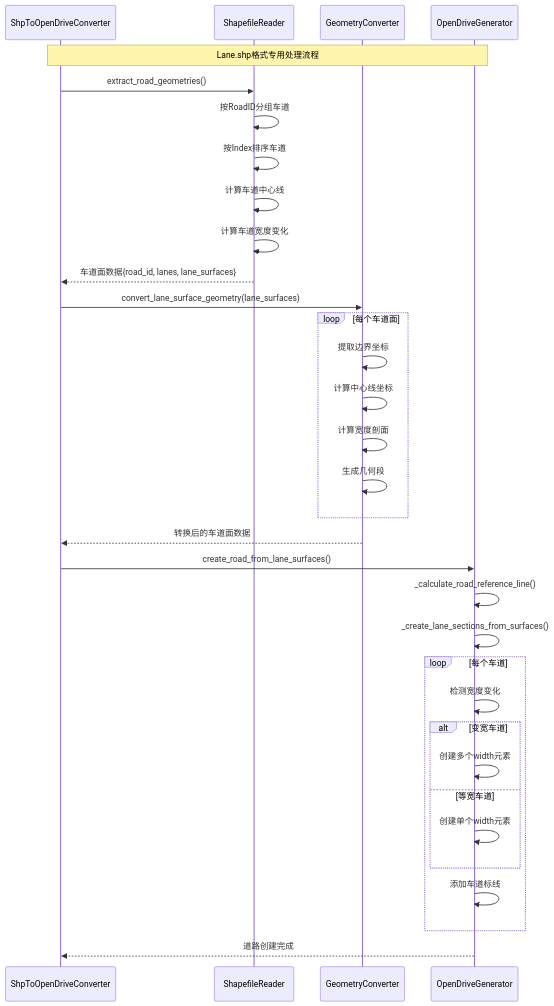
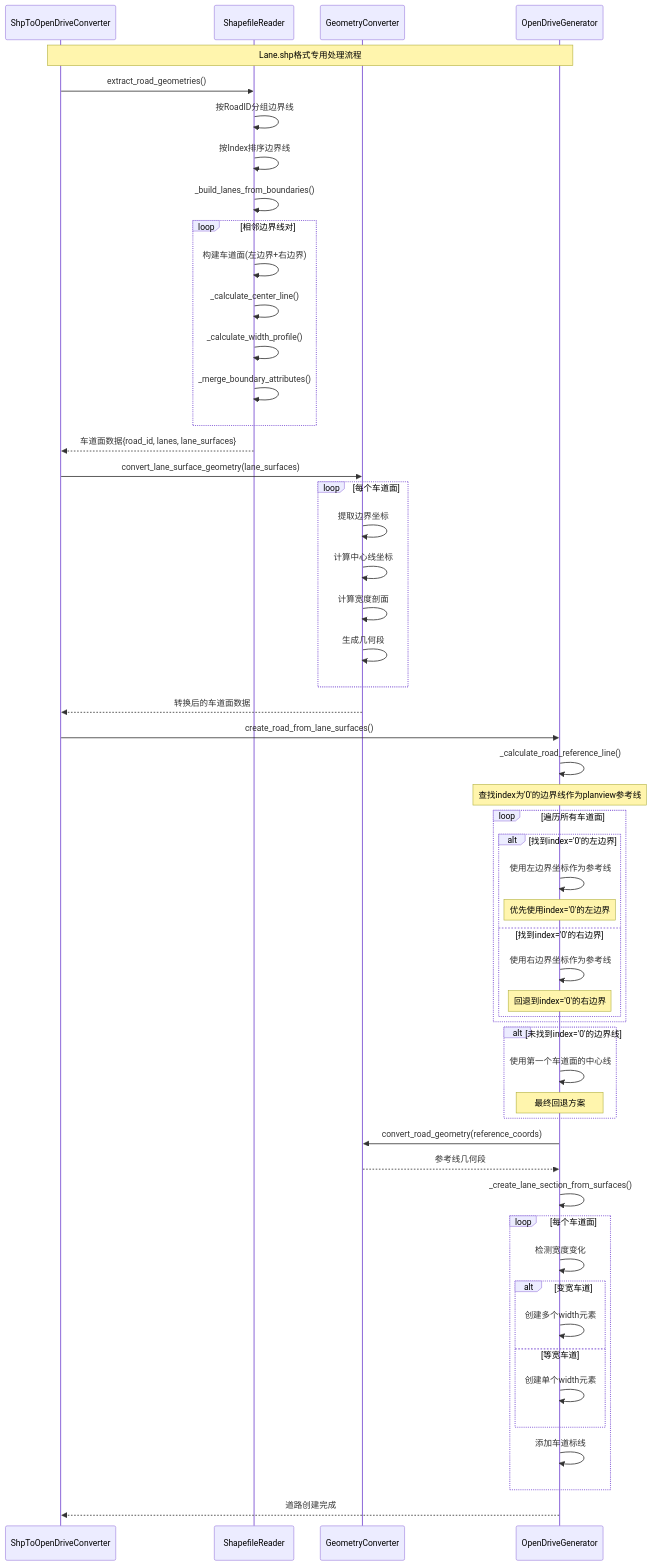
One commit to europewang/ShpToOpenDrive changed the second of 5 diagrams in docs/sequence_diagram.md. Above: the diagram before and after it, drawn with Mermaid. The commit also changed other lines of this file and 43 other files, not shown here.

````diff
--- a/docs/sequence_diagram.md
+++ b/docs/sequence_diagram.md
@@ -102,43 +102,71 @@
 ```mermaid
 sequenceDiagram
     participant Main as ShpToOpenDriveConverter
     participant Reader as ShapefileReader
     participant Converter as GeometryConverter
     participant Generator as OpenDriveGenerator
 
     Note over Main,Generator: Lane.shp格式专用处理流程
     
     Main->>Reader: extract_road_geometries()
-    Reader->>Reader: 按RoadID分组车道
-    Reader->>Reader: 按Index排序车道
-    Reader->>Reader: 计算车道中心线
-    Reader->>Reader: 计算车道宽度变化
+    Reader->>Reader: 按RoadID分组边界线
+    Reader->>Reader: 按Index排序边界线
+    Reader->>Reader: _build_lanes_from_boundaries()
+    
+    loop 相邻边界线对
+        Reader->>Reader: 构建车道面(左边界+右边界)
+        Reader->>Reader: _calculate_center_line()
+        Reader->>Reader: _calculate_width_profile()
+        Reader->>Reader: _merge_boundary_attributes()
+    end
+    
     Reader-->>Main: 车道面数据{road_id, lanes, lane_surfaces}
     
     Main->>Converter: convert_lane_surface_geometry(lane_surfaces)
     
     loop 每个车道面
         Converter->>Converter: 提取边界坐标
         Converter->>Converter: 计算中心线坐标
         Converter->>Converter: 计算宽度剖面
         Converter->>Converter: 生成几何段
     end
     
     Converter-->>Main: 转换后的车道面数据
     
     Main->>Generator: create_road_from_lane_surfaces()
     Generator->>Generator: _calculate_road_reference_line()
-    Generator->>Generator: _create_lane_sections_from_surfaces()
     
-    loop 每个车道
+    Note over Generator: 查找index为'0'的边界线作为planview参考线
+    
+    loop 遍历所有车道面
+        alt 找到index='0'的左边界
+            Generator->>Generator: 使用左边界坐标作为参考线
+            Note over Generator: 优先使用index='0'的左边界
+        else 找到index='0'的右边界
+            Generator->>Generator: 使用右边界坐标作为参考线
+            Note over Generator: 回退到index='0'的右边界
+        end
+    end
+    
+    alt 未找到index='0'的边界线
+        Generator->>Generator: 使用第一个车道面的中心线
+        Note over Generator: 最终回退方案
+    end
+    
+    Generator->>Converter: convert_road_geometry(reference_coords)
+    Converter-->>Generator: 参考线几何段
+    
+    Generator->>Generator: _create_lane_section_from_surfaces()
+    
+    loop 每个车道面
         Generator->>Generator: 检测宽度变化
         alt 变宽车道
             Generator->>Generator: 创建多个width元素
         else 等宽车道
             Generator->>Generator: 创建单个width元素
         end
         Generator->>Generator: 添加车道标线
     end
     
     Generator-->>Main: 道路创建完成
 ```
````
